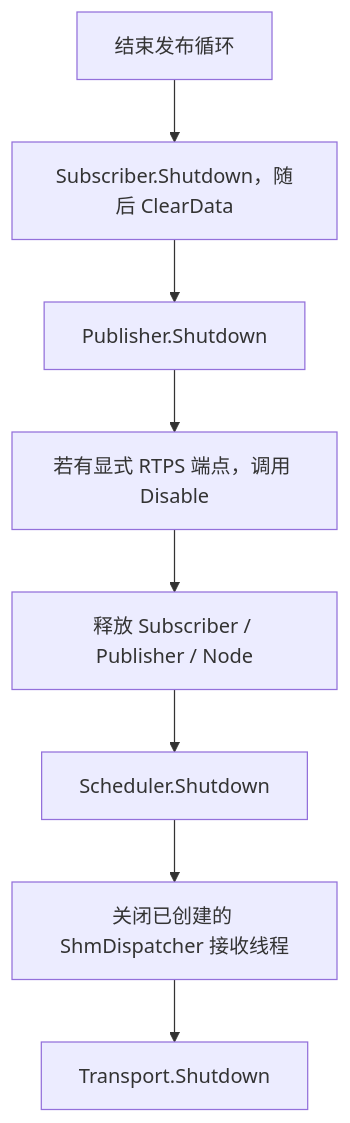
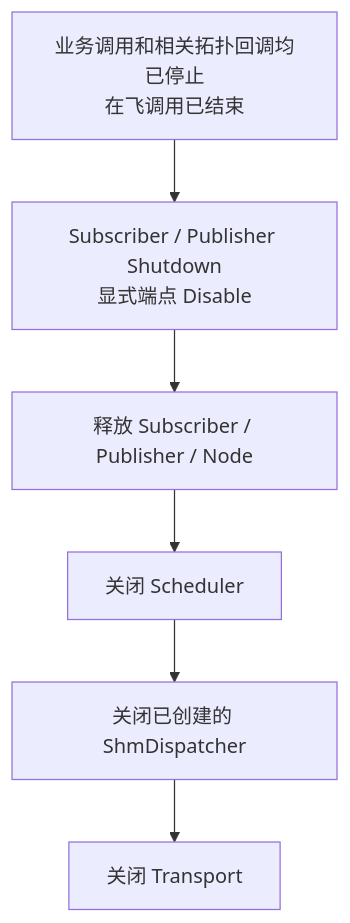
One commit to jzh03/cpp_MINI-CyberRT changed diagram 13 of 13 in doc/architecture.md. Above: the diagram before and after it, drawn with Mermaid. The commit also changed other lines of this file and 13 other files, not shown here.

````diff
--- a/doc/architecture.md
+++ b/doc/architecture.md
@@ -542,10 +403,8 @@
 ```mermaid
 flowchart TD
-    STOP[结束发布循环] --> SUB[Subscriber.Shutdown，随后 ClearData]
-    SUB --> PUB[Publisher.Shutdown]
-    PUB --> EXPLICIT[若有显式 RTPS 端点，调用 Disable]
-    EXPLICIT --> OBJ[释放 Subscriber / Publisher / Node]
-    OBJ --> SCH[Scheduler.Shutdown]
-    SCH --> SHM[关闭已创建的 ShmDispatcher 接收线程]
-    SHM --> TRANS[Transport.Shutdown]
+    A["业务调用和相关拓扑回调均已停止<br/>在飞调用已结束"] --> B["Subscriber / Publisher Shutdown<br/>显式端点 Disable"]
+    B --> D[释放 Subscriber / Publisher / Node]
+    D --> F[关闭 Scheduler]
+    F --> G[关闭已创建的 ShmDispatcher]
+    G --> H[关闭 Transport]
 ```
````
